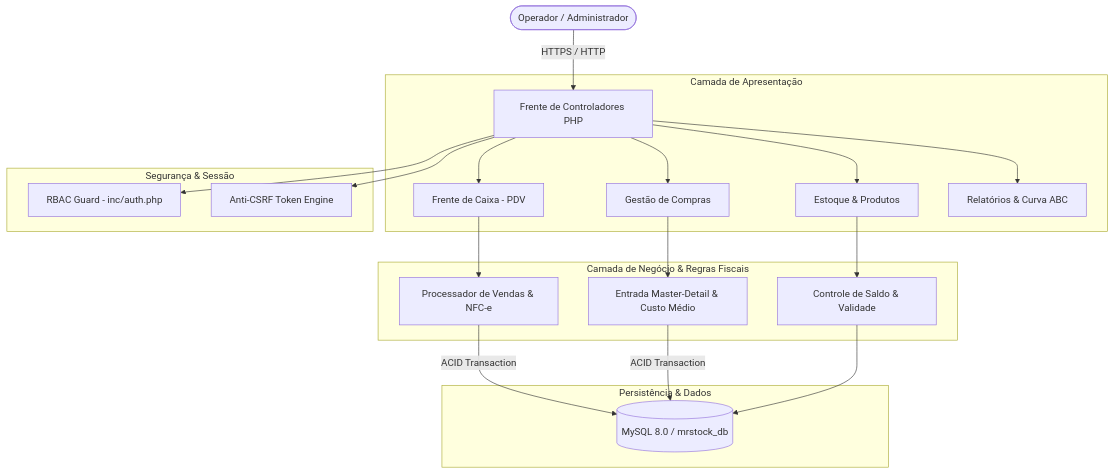
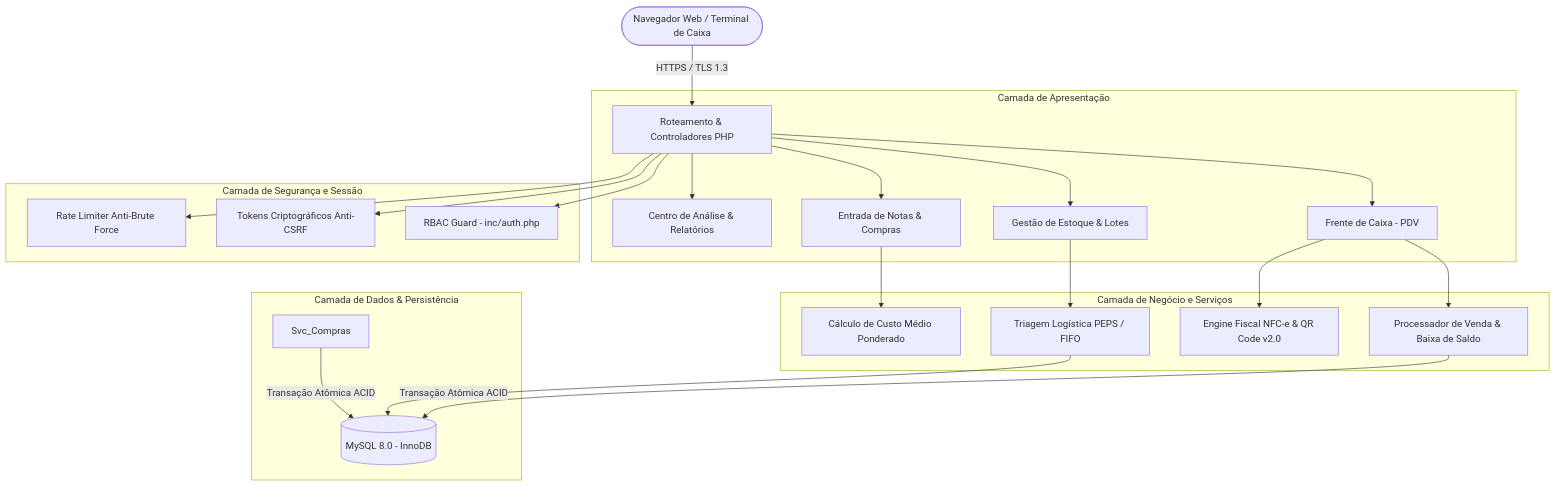
One commit to mrcodingdev/mrstock-erp changed the first of 2 diagrams in README.md. Above: the diagram before and after it, drawn with Mermaid. The commit also changed other lines of this file and 37 other files, not shown here.

````diff
--- a/README.md
+++ b/README.md
@@ -91,28 +112,30 @@
 ```mermaid
-graph TD
-    User([Operador / Administrador]) -->|HTTPS / HTTP| Router[Frente de Controladores PHP]
-    
+flowchart TD
+    Client([Navegador Web / Terminal de Caixa]) -->|HTTPS / TLS 1.3| FrontRouter[Roteamento & Controladores PHP]
+
     subgraph Camada_Apresentacao [Camada de Apresentação]
-        Router --> UI_PDV[Frente de Caixa - PDV]
-        Router --> UI_Estoque[Estoque & Produtos]
-        Router --> UI_Compras[Gestão de Compras]
-        Router --> UI_Relatorios[Relatórios & Curva ABC]
+        FrontRouter --> View_PDV[Frente de Caixa - PDV]
+        FrontRouter --> View_Estoque[Gestão de Estoque & Lotes]
+        FrontRouter --> View_Compras[Entrada de Notas & Compras]
+        FrontRouter --> View_Analytics[Centro de Análise & Relatórios]
     end
-    
-    subgraph Seguranca_Sessao [Segurança & Sessão]
-        Router --> AuthGuards[RBAC Guard - inc/auth.php]
-        Router --> CSRFGuards[Anti-CSRF Token Engine]
+
+    subgraph Seguranca_Sessao [Camada de Segurança e Sessão]
+        FrontRouter --> Guard_RBAC[RBAC Guard - inc/auth.php]
+        FrontRouter --> Guard_CSRF[Tokens Criptográficos Anti-CSRF]
+        FrontRouter --> Guard_Rate[Rate Limiter Anti-Brute Force]
     end
-    
-    subgraph Camada_Negocio [Camada de Negócio & Regras Fiscais]
-        UI_PDV --> CoreSales[Processador de Vendas & NFC-e]
-        UI_Compras --> CorePurchases[Entrada Master-Detail & Custo Médio]
-        UI_Estoque --> CoreStock[Controle de Saldo & Validade]
+
+    subgraph Camada_Negocio [Camada de Negócio e Serviços]
+        View_PDV --> Svc_Venda[Processador de Venda & Baixa de Saldo]
+        View_PDV --> Svc_NFCe[Engine Fiscal NFC-e & QR Code v2.0]
+        View_Compras --> Svc_Custo[Cálculo de Custo Médio Ponderado]
+        View_Estoque --> Svc_PEPS[Triagem Logística PEPS / FIFO]
     end
-    
-    subgraph Persistencia_Dados [Persistência & Dados]
-        CoreSales -->|ACID Transaction| DB[(MySQL 8.0 / mrstock_db)]
-        CorePurchases -->|ACID Transaction| DB
-        CoreStock --> DB
+
+    subgraph Persistencia_Dados [Camada de Dados & Persistência]
+        Svc_Venda -->|Transação Atômica ACID| DB[(MySQL 8.0 - InnoDB)]
+        Svc_Compras -->|Transação Atômica ACID| DB
+        Svc_PEPS --> DB
     end
 ```
````
